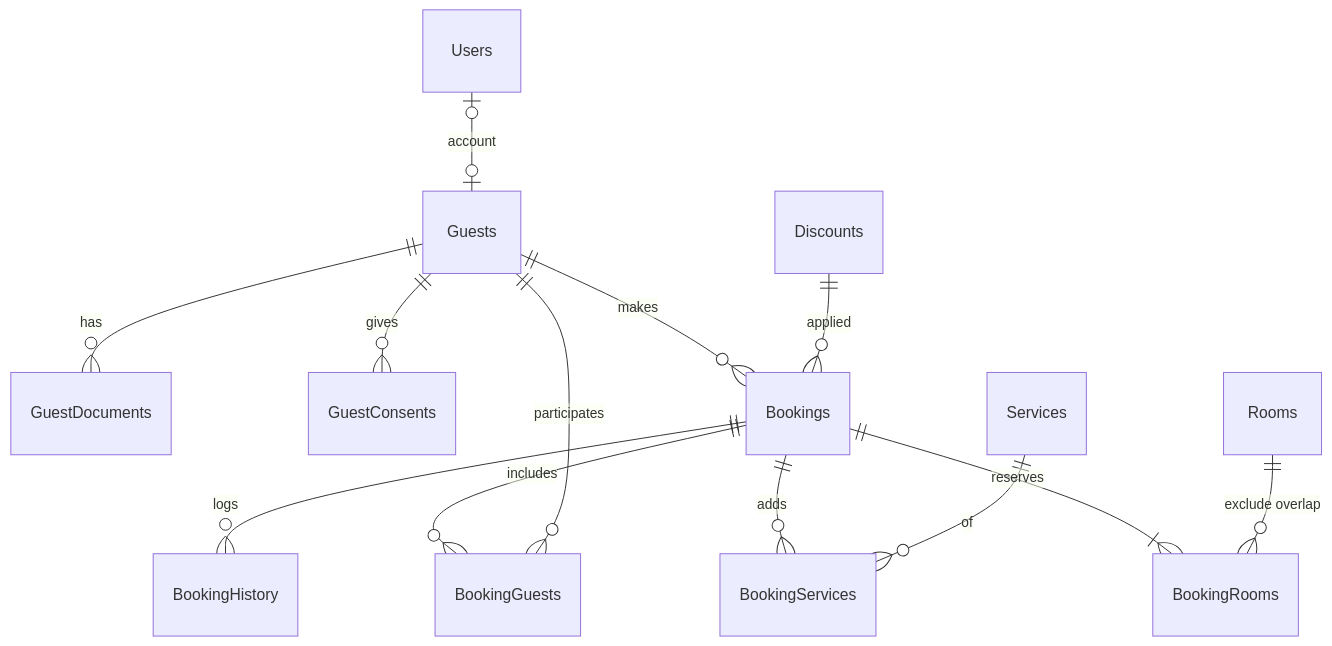
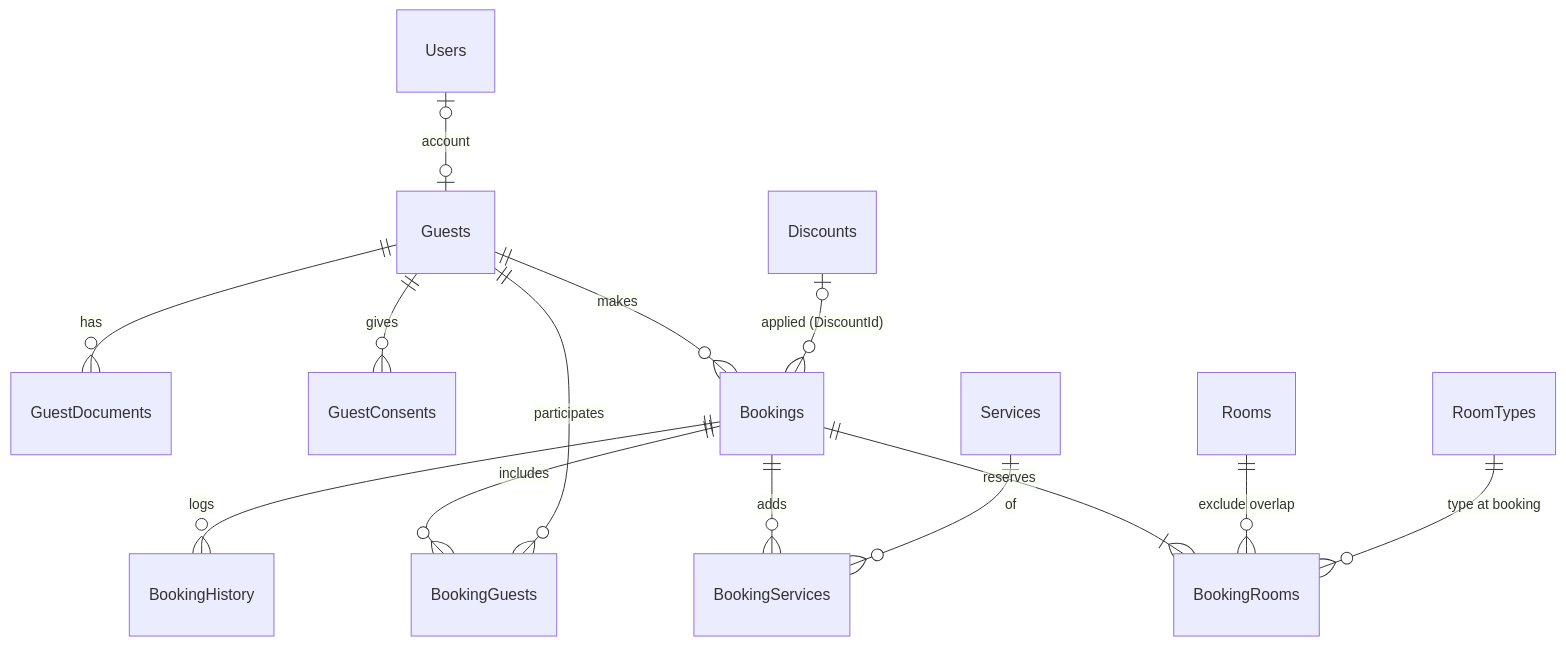
One commit to AdiletToigonbaev/hms changed the third of 6 diagrams in docs/database/er-diagram.md. Above: the diagram before and after it, drawn with Mermaid. The commit also changed other lines of this file and 10 other files, not shown here.

````diff
--- a/docs/database/er-diagram.md
+++ b/docs/database/er-diagram.md
@@ -31,15 +37,16 @@
 ```mermaid
 erDiagram
   Users |o--o| Guests : "account"
   Guests ||--o{ GuestDocuments : has
   Guests ||--o{ GuestConsents : gives
   Guests ||--o{ Bookings : makes
   Bookings ||--|{ BookingRooms : reserves
   Rooms ||--o{ BookingRooms : "exclude overlap"
+  RoomTypes ||--o{ BookingRooms : "type at booking"
   Bookings ||--o{ BookingGuests : includes
   Guests ||--o{ BookingGuests : participates
   Bookings ||--o{ BookingServices : adds
   Services ||--o{ BookingServices : of
   Bookings ||--o{ BookingHistory : logs
-  Discounts ||--o{ Bookings : applied
+  Discounts |o--o{ Bookings : "applied (DiscountId)"
 ```
````
